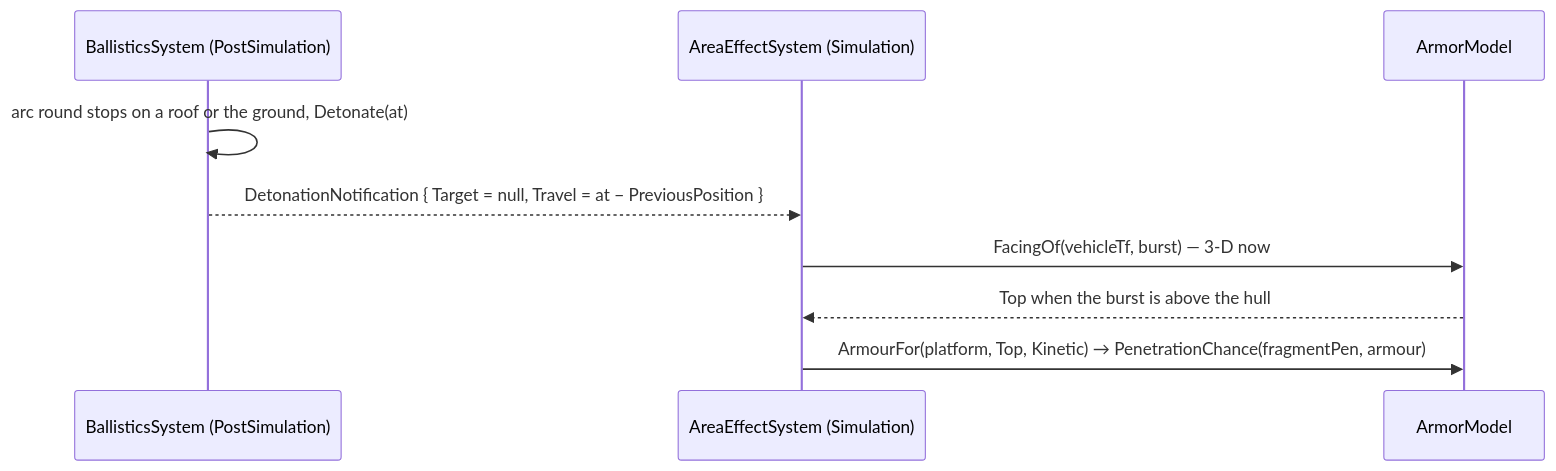
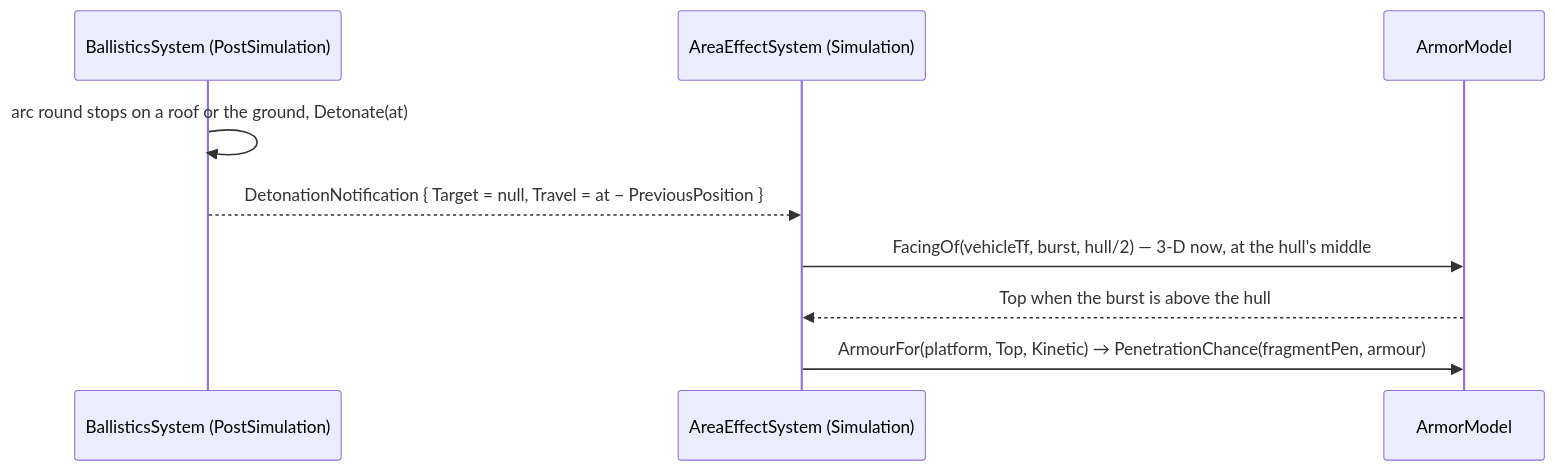
The third of 4 diagrams in docs/designs/vehicle-tactics/DESIGN_Armour_Hit_Model.md (pjanec/HROT), drawn with Mermaid before and after one commit. The commit also changed other lines of this file and 24 other files, not shown here.

````diff
--- a/docs/designs/vehicle-tactics/DESIGN_Armour_Hit_Model.md
+++ b/docs/designs/vehicle-tactics/DESIGN_Armour_Hit_Model.md
@@ -169,11 +171,11 @@
 ```mermaid
 sequenceDiagram
   participant BS as BallisticsSystem (PostSimulation)
   participant AE as AreaEffectSystem (Simulation)
   participant AM as ArmorModel
   BS->>BS: arc round stops on a roof or the ground, Detonate(at)
   BS-->>AE: DetonationNotification { Target = null, Travel = at − PreviousPosition }
-  AE->>AM: FacingOf(vehicleTf, burst) — 3-D now
+  AE->>AM: FacingOf(vehicleTf, burst, hull/2) — 3-D now, at the hull's middle
   AM-->>AE: Top when the burst is above the hull
   AE->>AM: ArmourFor(platform, Top, Kinetic) → PenetrationChance(fragmentPen, armour)
 ```
````
